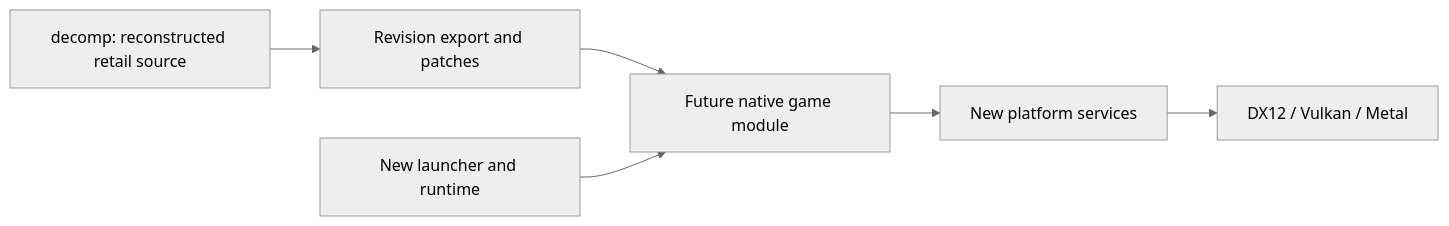
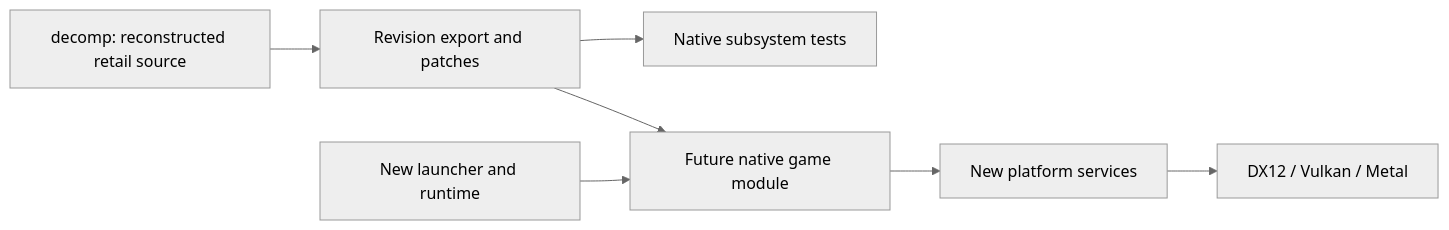
The diagram in docs/ARCHITECTURE.md (yannicksuter/beachlife-recomp), drawn with Mermaid (neutral theme) before and after one commit. The commit also changed other lines of this file and 5 other files, not shown here.

````diff
--- a/docs/ARCHITECTURE.md
+++ b/docs/ARCHITECTURE.md
@@ -8,8 +8,9 @@
 ```mermaid
 flowchart LR
     decomp[decomp: reconstructed retail source] --> pin[Revision export and patches]
+    pin --> tests[Native subsystem tests]
     pin --> game[Future native game module]
     launcher[New launcher and runtime] --> game
     game --> platform[New platform services]
     platform --> gpu[DX12 / Vulkan / Metal]
 ```
````
